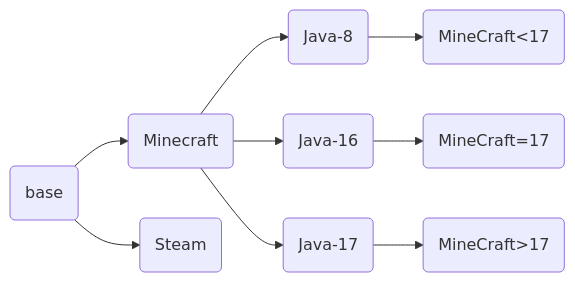
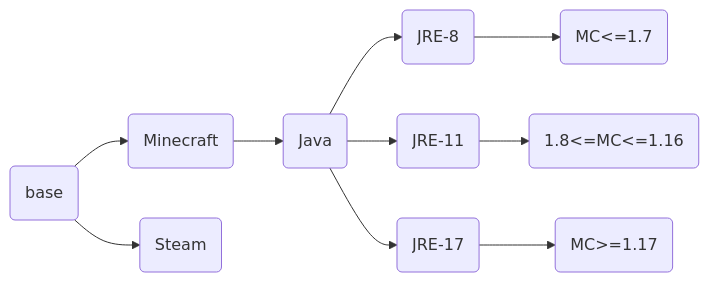
The diagram in README.md (ben0i0d/gameserver-image-stacks), drawn with Mermaid before and after one commit. The commit also changed 3 other files, not shown here.

````diff
--- a/README.md
+++ b/README.md
@@ -7,8 +7,9 @@
 ```mermaid
 	graph LR
 	A(base)-->B(Minecraft)
-	B-->C(Java-8)-->G(MineCraft<17)
-	B-->D(Java-16)-->H(MineCraft=17)
-    B-->E(Java-17)-->I(MineCraft>17)
-    A-->F(Steam)
+	B-->C(Java)
+	C-->D(JRE-8)-->G(MC<=1.7)
+	C-->E(JRE-11)-->H(1.8<=MC<=1.16)
+    C-->F(JRE-17)-->I(MC>=1.17)
+    A-->J(Steam)
 ```
````
